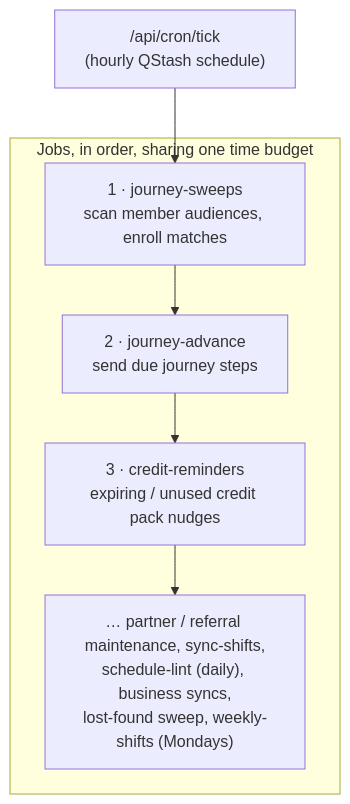
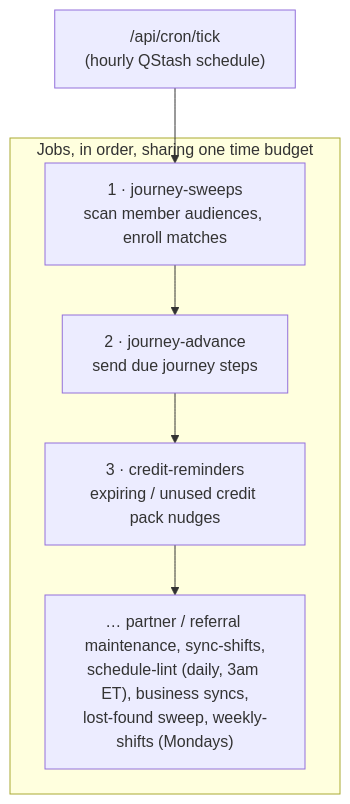
One commit to weslexcore/pyre changed the second of 5 diagrams in apps/integrations/README.md. Above: the diagram before and after it, drawn with Mermaid. The commit also changed other lines of this file and 8 other files, not shown here.

First line of the commit message:
Run the schedule lint once a day at 3am ET

````diff
--- a/apps/integrations/README.md
+++ b/apps/integrations/README.md
@@ -191,11 +191,11 @@
 ```mermaid
 flowchart TD
     TICK["/api/cron/tick<br/>(hourly QStash schedule)"] --> J1
     subgraph jobs["Jobs, in order, sharing one time budget"]
         J1["1 · journey-sweeps<br/>scan member audiences, enroll matches"]
         J2["2 · journey-advance<br/>send due journey steps"]
         J3["3 · credit-reminders<br/>expiring / unused credit pack nudges"]
-        J4["… partner / referral maintenance, sync-shifts,<br/>schedule-lint (daily), business syncs,<br/>lost-found sweep, weekly-shifts (Mondays)"]
+        J4["… partner / referral maintenance, sync-shifts,<br/>schedule-lint (daily, 3am ET), business syncs,<br/>lost-found sweep, weekly-shifts (Mondays)"]
         J1 --> J2 --> J3 --> J4
     end
 ```
````
